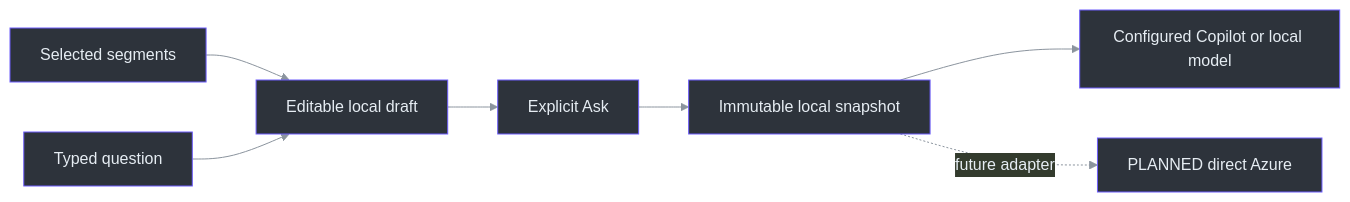
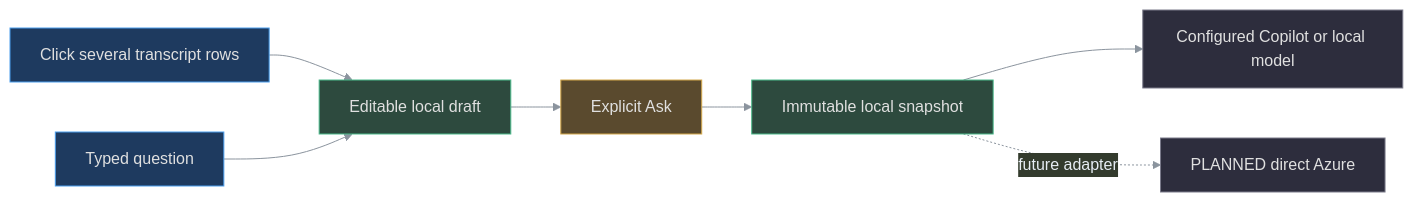
Before and after one commit to Zanark/phantom-fudge: the second of 2 diagrams in docs/OVERVIEW.md, drawn with Mermaid. The commit also changed other lines of this file and 371 other files, not shown here.

````diff
--- a/docs/OVERVIEW.md
+++ b/docs/OVERVIEW.md
@@ -131,20 +147,27 @@
 ```mermaid
 ---
 config:
   theme: base
   themeVariables:
     primaryColor: "#2d333b"
     primaryBorderColor: "#6d5dfc"
     primaryTextColor: "#e6edf3"
     lineColor: "#8b949e"
 ---
 flowchart LR
     accTitle: Local question state and the unconnected Azure boundary
-    accDescr: Selection or typing creates a draft. Explicit Ask freezes exact text and uses the selected installed provider; direct Azure remains future work.
-    Selected["Selected segments"] --> Draft["Editable local draft"]
+    accDescr: Direct multi-click selection or typing creates a local draft. Explicit Ask alone freezes exact text and may use the selected installed provider; direct Azure remains future work.
+    Selected["Click several transcript rows"] --> Draft["Editable local draft"]
     Typed["Typed question"] --> Draft
     Draft --> Ask["Explicit Ask"]
     Ask --> Snapshot["Immutable local snapshot"]
     Snapshot --> Provider["Configured Copilot or local model"]
     Snapshot -. "future adapter" .-> Azure["PLANNED direct Azure"]
+    style Selected fill:#1e3a5f,stroke:#4a9eed,color:#e0e0e0
+    style Draft fill:#2d4a3e,stroke:#4aba8a,color:#e0e0e0
+    style Typed fill:#1e3a5f,stroke:#4a9eed,color:#e0e0e0
+    style Ask fill:#5a4a2e,stroke:#d4a84b,color:#e0e0e0
+    style Snapshot fill:#2d4a3e,stroke:#4aba8a,color:#e0e0e0
+    style Provider fill:#2d2d3d,stroke:#7a7a8a,color:#e0e0e0
+    style Azure fill:#2d2d3d,stroke:#7a7a8a,color:#e0e0e0
 ```
````
